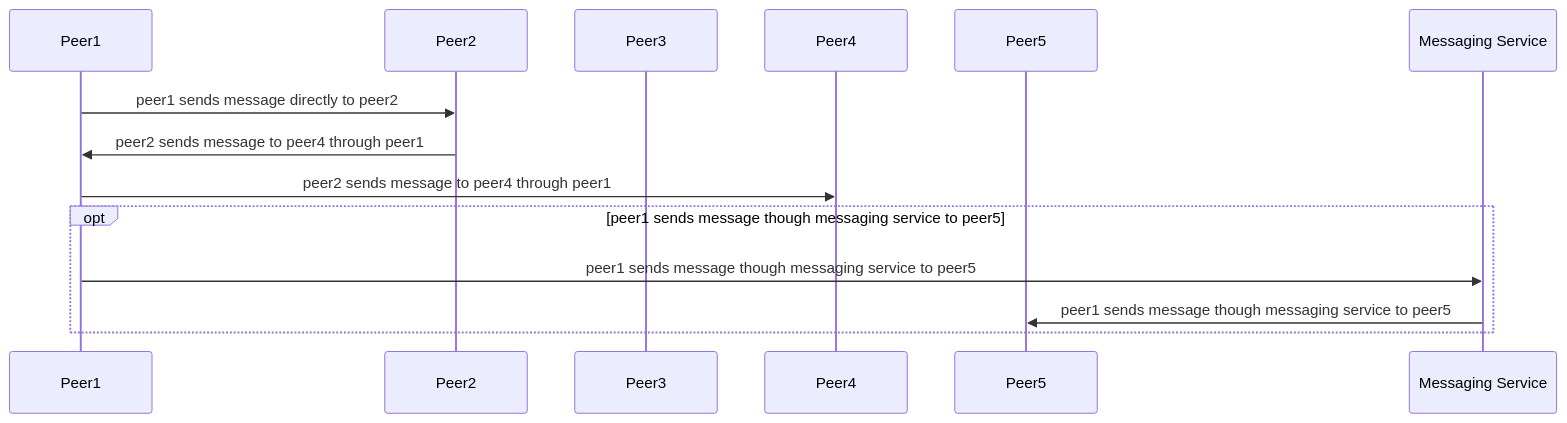
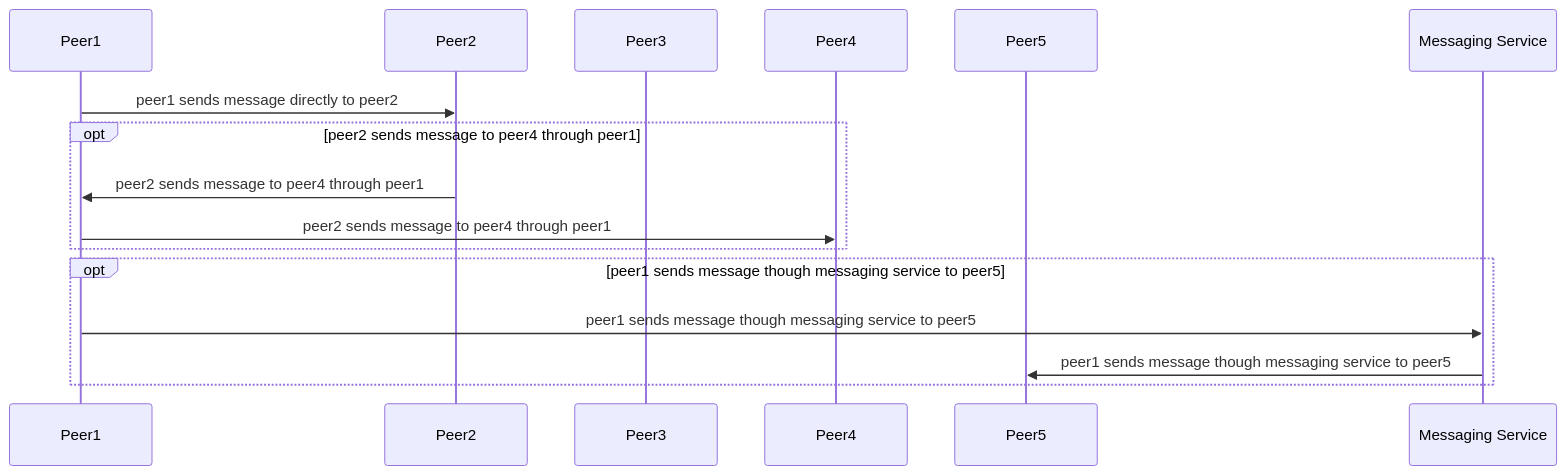
One commit to decentraland/adr changed the fourth of 4 diagrams in RFC/RFC-14-p2p-adapter.md. Above: the diagram before and after it, drawn with Mermaid. The commit also changed other lines of this file, not shown here.

````diff
--- a/RFC/RFC-14-p2p-adapter.md
+++ b/RFC/RFC-14-p2p-adapter.md
@@ -150,18 +147,21 @@
 ```mermaid
 sequenceDiagram
     participant Peer1
     participant Peer2
     participant Peer3
     participant Peer4
     participant Peer5
     participant MS as Messaging Service
 
-      Peer1->>Peer2: peer1 sends message directly to peer2
+    Peer1->>Peer2: peer1 sends message directly to peer2
+
+    opt peer2 sends message to peer4 through peer1
       Peer2->>Peer1: peer2 sends message to peer4 through peer1
       Peer1->>Peer4: peer2 sends message to peer4 through peer1
+    end
 
-      opt peer1 sends message though messaging service to peer5
-        Peer1->>MS: peer1 sends message though messaging service to peer5
-        MS->>Peer5: peer1 sends message though messaging service to peer5
-      end
+    opt peer1 sends message though messaging service to peer5
+      Peer1->>MS: peer1 sends message though messaging service to peer5
+      MS->>Peer5: peer1 sends message though messaging service to peer5
+    end
 ```
````
